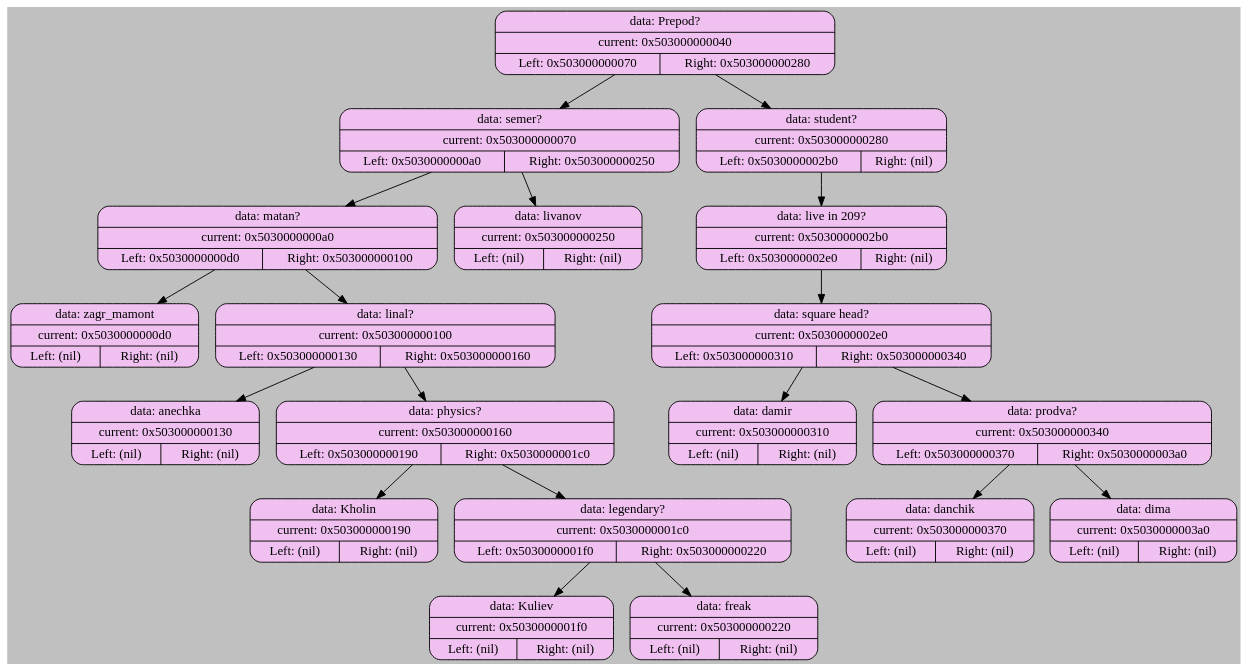
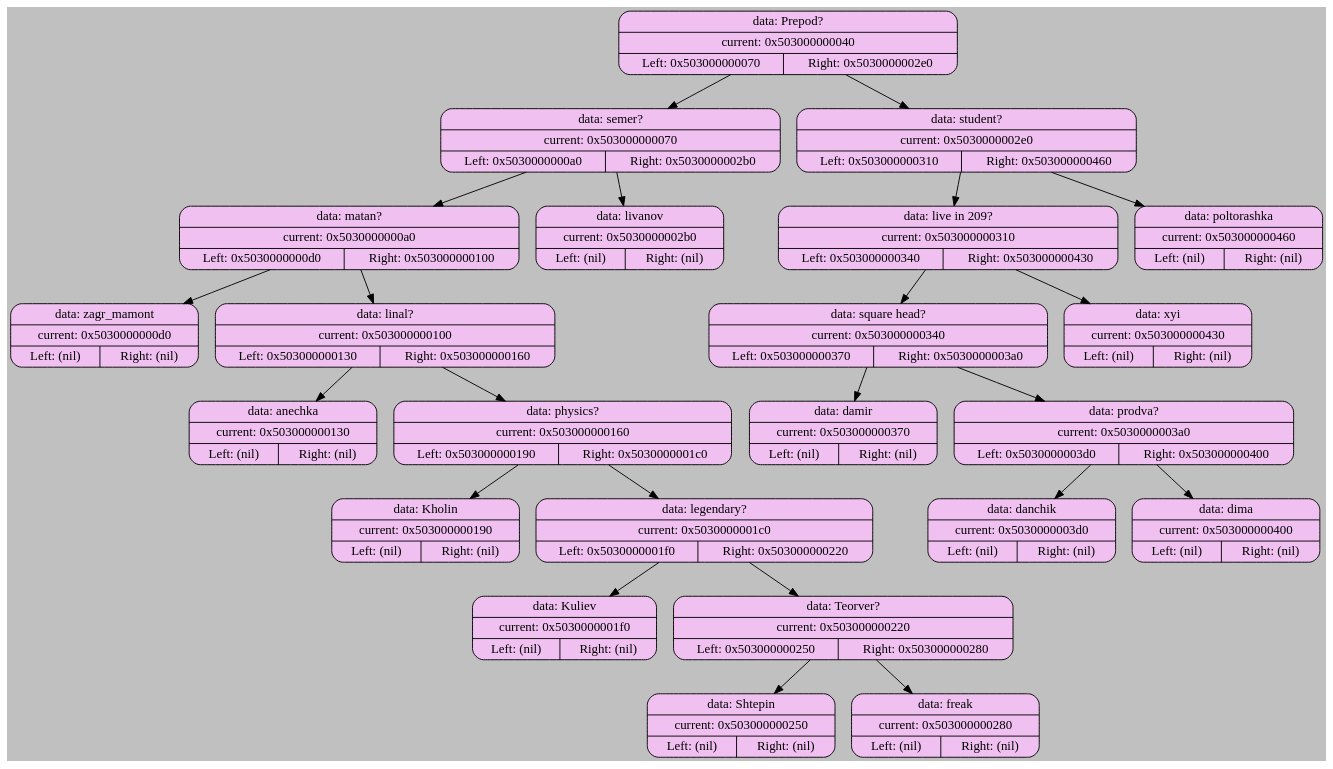
One commit to Atlaxsyys/akinator changed the diagram in graph_dump/graph_0.dot. Above: the diagram before and after it, drawn with Graphviz. The commit also changed 9 other files, not shown here.

```diff
--- a/graph_dump/graph_0.dot
+++ b/graph_dump/graph_0.dot
@@ -1,42 +1,50 @@
 digraph BinaryTree {
     bgcolor="#C0C0C0";
 
     node [shape=record];
-    "0x503000000040" [shape=Mrecord, style=filled; fillcolor="#F0C0F0"; label="{data: Prepod? | current: 0x503000000040 | { Left: 0x503000000070 | Right: 0x503000000280 } }"];
+    "0x503000000040" [shape=Mrecord, style=filled; fillcolor="#F0C0F0"; label="{data: Prepod? | current: 0x503000000040 | { Left: 0x503000000070 | Right: 0x5030000002e0 } }"];
     "0x503000000040" -> "0x503000000070";
-    "0x503000000070" [shape=Mrecord, style=filled; fillcolor="#F0C0F0"; label="{data: semer? | current: 0x503000000070 | { Left: 0x5030000000a0 | Right: 0x503000000250 } }"];
+    "0x503000000070" [shape=Mrecord, style=filled; fillcolor="#F0C0F0"; label="{data: semer? | current: 0x503000000070 | { Left: 0x5030000000a0 | Right: 0x5030000002b0 } }"];
     "0x503000000070" -> "0x5030000000a0";
     "0x5030000000a0" [shape=Mrecord, style=filled; fillcolor="#F0C0F0"; label="{data: matan? | current: 0x5030000000a0 | { Left: 0x5030000000d0 | Right: 0x503000000100 } }"];
     "0x5030000000a0" -> "0x5030000000d0";
     "0x5030000000d0" [shape=Mrecord, style=filled; fillcolor="#F0C0F0"; label="{data: zagr_mamont | current: 0x5030000000d0 | { Left: (nil) | Right: (nil) } }"];
     "0x5030000000a0" -> "0x503000000100";
     "0x503000000100" [shape=Mrecord, style=filled; fillcolor="#F0C0F0"; label="{data: linal? | current: 0x503000000100 | { Left: 0x503000000130 | Right: 0x503000000160 } }"];
     "0x503000000100" -> "0x503000000130";
     "0x503000000130" [shape=Mrecord, style=filled; fillcolor="#F0C0F0"; label="{data: anechka | current: 0x503000000130 | { Left: (nil) | Right: (nil) } }"];
     "0x503000000100" -> "0x503000000160";
     "0x503000000160" [shape=Mrecord, style=filled; fillcolor="#F0C0F0"; label="{data: physics? | current: 0x503000000160 | { Left: 0x503000000190 | Right: 0x5030000001c0 } }"];
     "0x503000000160" -> "0x503000000190";
     "0x503000000190" [shape=Mrecord, style=filled; fillcolor="#F0C0F0"; label="{data: Kholin | current: 0x503000000190 | { Left: (nil) | Right: (nil) } }"];
     "0x503000000160" -> "0x5030000001c0";
     "0x5030000001c0" [shape=Mrecord, style=filled; fillcolor="#F0C0F0"; label="{data: legendary? | current: 0x5030000001c0 | { Left: 0x5030000001f0 | Right: 0x503000000220 } }"];
     "0x5030000001c0" -> "0x5030000001f0";
     "0x5030000001f0" [shape=Mrecord, style=filled; fillcolor="#F0C0F0"; label="{data: Kuliev | current: 0x5030000001f0 | { Left: (nil) | Right: (nil) } }"];
     "0x5030000001c0" -> "0x503000000220";
-    "0x503000000220" [shape=Mrecord, style=filled; fillcolor="#F0C0F0"; label="{data: freak | current: 0x503000000220 | { Left: (nil) | Right: (nil) } }"];
-    "0x503000000070" -> "0x503000000250";
-    "0x503000000250" [shape=Mrecord, style=filled; fillcolor="#F0C0F0"; label="{data: livanov | current: 0x503000000250 | { Left: (nil) | Right: (nil) } }"];
-    "0x503000000040" -> "0x503000000280";
-    "0x503000000280" [shape=Mrecord, style=filled; fillcolor="#F0C0F0"; label="{data: student? | current: 0x503000000280 | { Left: 0x5030000002b0 | Right: (nil) } }"];
-    "0x503000000280" -> "0x5030000002b0";
-    "0x5030000002b0" [shape=Mrecord, style=filled; fillcolor="#F0C0F0"; label="{data: live in 209? | current: 0x5030000002b0 | { Left: 0x5030000002e0 | Right: (nil) } }"];
-    "0x5030000002b0" -> "0x5030000002e0";
-    "0x5030000002e0" [shape=Mrecord, style=filled; fillcolor="#F0C0F0"; label="{data: square head? | current: 0x5030000002e0 | { Left: 0x503000000310 | Right: 0x503000000340 } }"];
+    "0x503000000220" [shape=Mrecord, style=filled; fillcolor="#F0C0F0"; label="{data: Teorver? | current: 0x503000000220 | { Left: 0x503000000250 | Right: 0x503000000280 } }"];
+    "0x503000000220" -> "0x503000000250";
+    "0x503000000250" [shape=Mrecord, style=filled; fillcolor="#F0C0F0"; label="{data: Shtepin | current: 0x503000000250 | { Left: (nil) | Right: (nil) } }"];
+    "0x503000000220" -> "0x503000000280";
+    "0x503000000280" [shape=Mrecord, style=filled; fillcolor="#F0C0F0"; label="{data: freak | current: 0x503000000280 | { Left: (nil) | Right: (nil) } }"];
+    "0x503000000070" -> "0x5030000002b0";
+    "0x5030000002b0" [shape=Mrecord, style=filled; fillcolor="#F0C0F0"; label="{data: livanov | current: 0x5030000002b0 | { Left: (nil) | Right: (nil) } }"];
+    "0x503000000040" -> "0x5030000002e0";
+    "0x5030000002e0" [shape=Mrecord, style=filled; fillcolor="#F0C0F0"; label="{data: student? | current: 0x5030000002e0 | { Left: 0x503000000310 | Right: 0x503000000460 } }"];
     "0x5030000002e0" -> "0x503000000310";
-    "0x503000000310" [shape=Mrecord, style=filled; fillcolor="#F0C0F0"; label="{data: damir | current: 0x503000000310 | { Left: (nil) | Right: (nil) } }"];
-    "0x5030000002e0" -> "0x503000000340";
-    "0x503000000340" [shape=Mrecord, style=filled; fillcolor="#F0C0F0"; label="{data: prodva? | current: 0x503000000340 | { Left: 0x503000000370 | Right: 0x5030000003a0 } }"];
+    "0x503000000310" [shape=Mrecord, style=filled; fillcolor="#F0C0F0"; label="{data: live in 209? | current: 0x503000000310 | { Left: 0x503000000340 | Right: 0x503000000430 } }"];
+    "0x503000000310" -> "0x503000000340";
+    "0x503000000340" [shape=Mrecord, style=filled; fillcolor="#F0C0F0"; label="{data: square head? | current: 0x503000000340 | { Left: 0x503000000370 | Right: 0x5030000003a0 } }"];
     "0x503000000340" -> "0x503000000370";
-    "0x503000000370" [shape=Mrecord, style=filled; fillcolor="#F0C0F0"; label="{data: danchik | current: 0x503000000370 | { Left: (nil) | Right: (nil) } }"];
+    "0x503000000370" [shape=Mrecord, style=filled; fillcolor="#F0C0F0"; label="{data: damir | current: 0x503000000370 | { Left: (nil) | Right: (nil) } }"];
     "0x503000000340" -> "0x5030000003a0";
-    "0x5030000003a0" [shape=Mrecord, style=filled; fillcolor="#F0C0F0"; label="{data: dima | current: 0x5030000003a0 | { Left: (nil) | Right: (nil) } }"];
+    "0x5030000003a0" [shape=Mrecord, style=filled; fillcolor="#F0C0F0"; label="{data: prodva? | current: 0x5030000003a0 | { Left: 0x5030000003d0 | Right: 0x503000000400 } }"];
+    "0x5030000003a0" -> "0x5030000003d0";
+    "0x5030000003d0" [shape=Mrecord, style=filled; fillcolor="#F0C0F0"; label="{data: danchik | current: 0x5030000003d0 | { Left: (nil) | Right: (nil) } }"];
+    "0x5030000003a0" -> "0x503000000400";
+    "0x503000000400" [shape=Mrecord, style=filled; fillcolor="#F0C0F0"; label="{data: dima | current: 0x503000000400 | { Left: (nil) | Right: (nil) } }"];
+    "0x503000000310" -> "0x503000000430";
+    "0x503000000430" [shape=Mrecord, style=filled; fillcolor="#F0C0F0"; label="{data: xyi | current: 0x503000000430 | { Left: (nil) | Right: (nil) } }"];
+    "0x5030000002e0" -> "0x503000000460";
+    "0x503000000460" [shape=Mrecord, style=filled; fillcolor="#F0C0F0"; label="{data: poltorashka | current: 0x503000000460 | { Left: (nil) | Right: (nil) } }"];
 }
```
